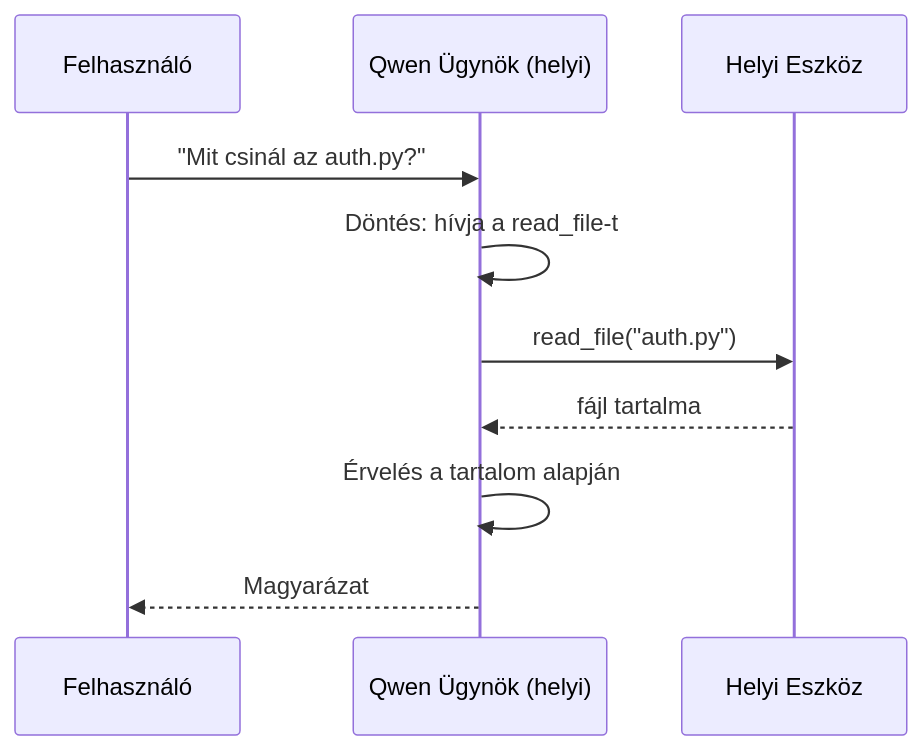
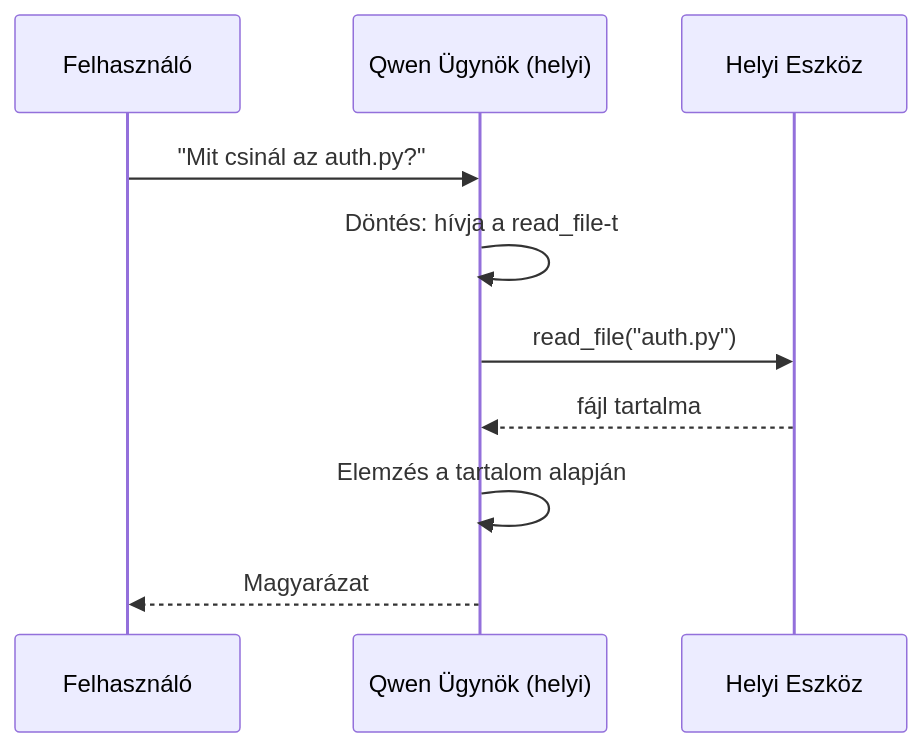
Before and after one commit to gabrielmoreira/agent-skills-mirror: the second of 4 diagrams in mirrors/repos/microsoft@ai-agents-for-beginners/translations/hu/17-creating-local-ai-agents/README.md, drawn with Mermaid. The commit also changed other lines of this file and 4262 other files, not shown here.

````diff
--- a/mirrors/repos/microsoft@ai-agents-for-beginners/translations/hu/17-creating-local-ai-agents/README.md
+++ b/mirrors/repos/microsoft@ai-agents-for-beginners/translations/hu/17-creating-local-ai-agents/README.md
@@ -106,12 +106,12 @@
 ```mermaid
 sequenceDiagram
     participant U as Felhasználó
     participant A as Qwen Ügynök (helyi)
     participant T as Helyi Eszköz
     U->>A: "Mit csinál az auth.py?"
     A->>A: Döntés: hívja a read_file-t
     A->>T: read_file("auth.py")
     T-->>A: fájl tartalma
-    A->>A: Érvelés a tartalom alapján
+    A->>A: Elemzés a tartalom alapján
     A-->>U: Magyarázat
 ```
````
